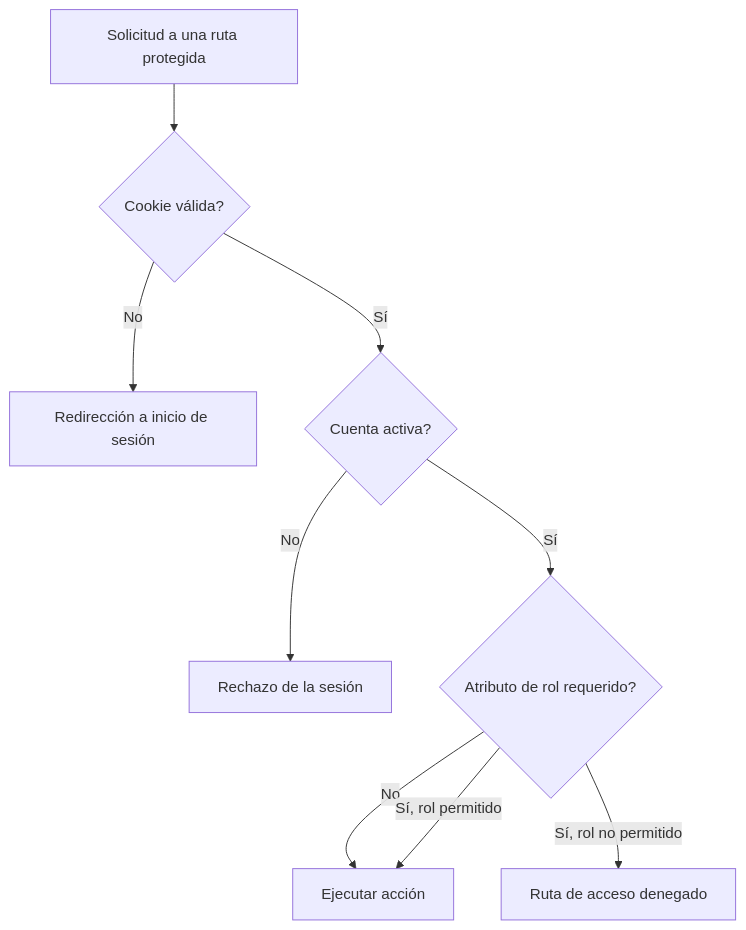
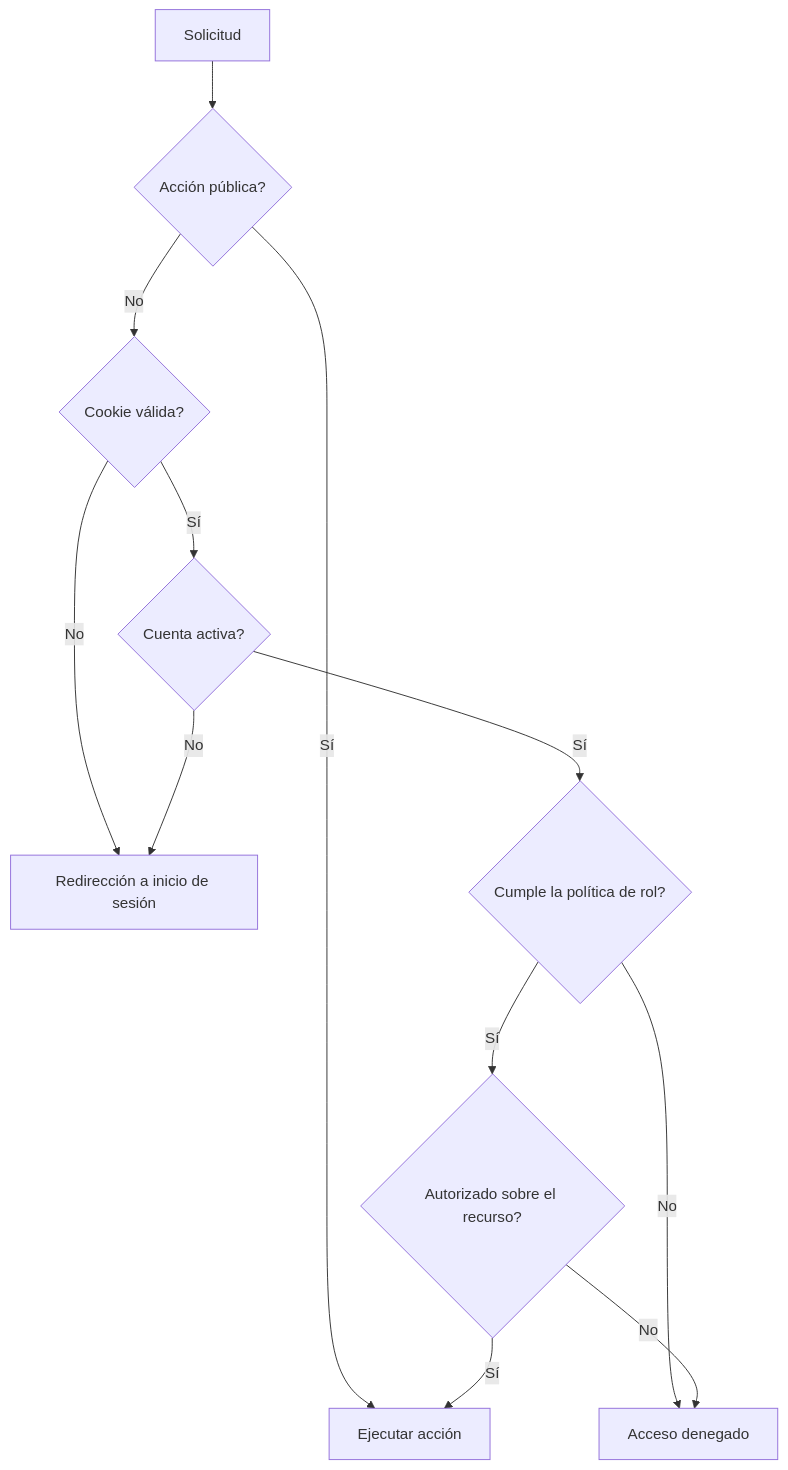
Before and after one commit to certidevs/g3_aspnet: the diagram in docs/autenticacion-y-roles.md, drawn with Mermaid. The commit also changed other lines of this file and 21 other files, not shown here.

````diff
--- a/docs/autenticacion-y-roles.md
+++ b/docs/autenticacion-y-roles.md
@@ -34,11 +73,14 @@
 ```mermaid
 flowchart TD
-    Request["Solicitud a una ruta protegida"] --> Cookie{"Cookie válida?"}
+    Request["Solicitud"] --> Public{"Acción pública?"}
+    Public -->|Sí| Action["Ejecutar acción"]
+    Public -->|No| Cookie{"Cookie válida?"}
     Cookie -->|No| Login["Redirección a inicio de sesión"]
     Cookie -->|Sí| Active{"Cuenta activa?"}
-    Active -->|No| Reject["Rechazo de la sesión"]
-    Active -->|Sí| Policy{"Atributo de rol requerido?"}
-    Policy -->|No| Action["Ejecutar acción"]
-    Policy -->|Sí, rol permitido| Action
-    Policy -->|Sí, rol no permitido| Denied["Ruta de acceso denegado"]
+    Active -->|No| Login
+    Active -->|Sí| Policy{"Cumple la política de rol?"}
+    Policy -->|No| Denied["Acceso denegado"]
+    Policy -->|Sí| Resource{"Autorizado sobre el recurso?"}
+    Resource -->|No| Denied
+    Resource -->|Sí| Action
 ```
````
